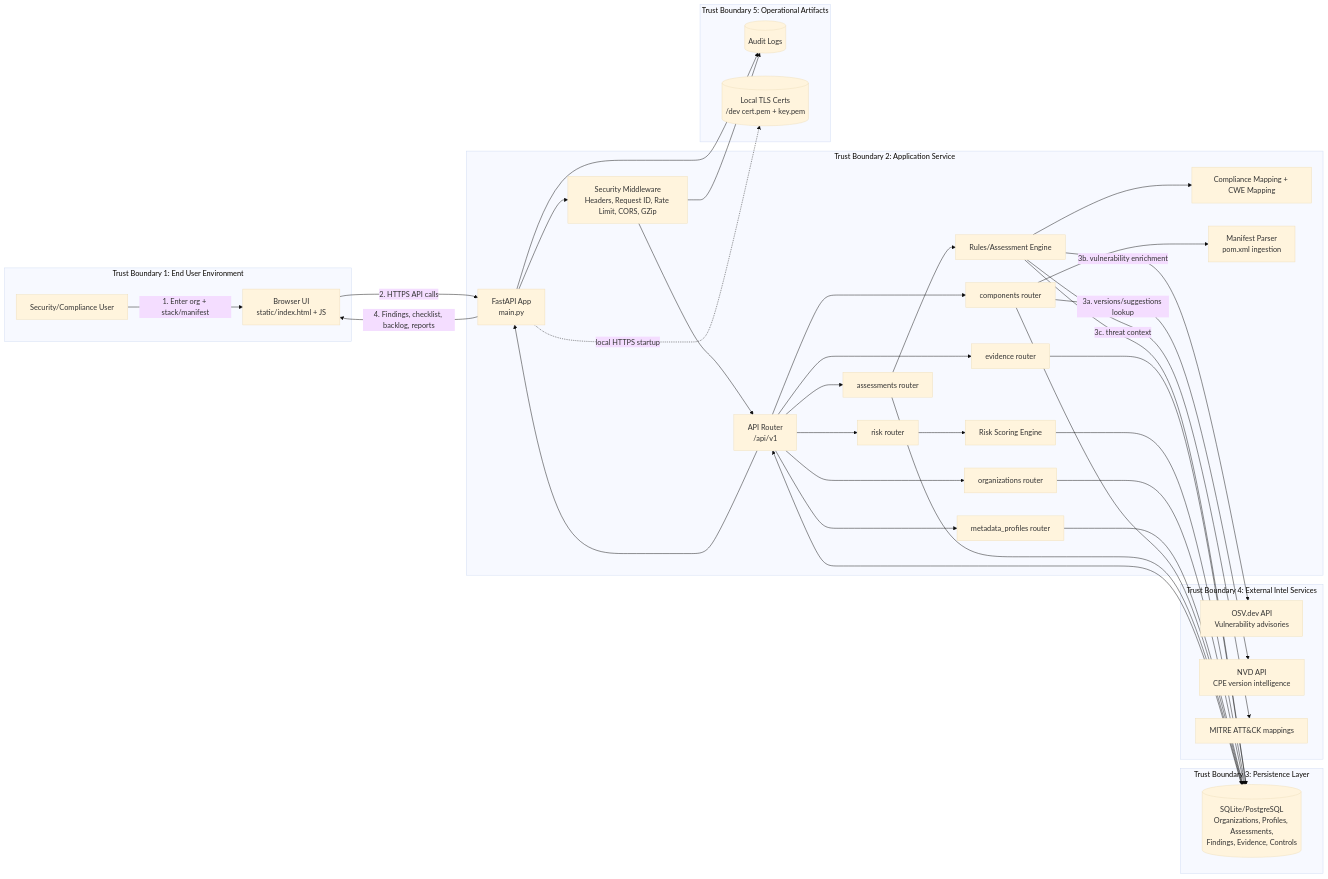
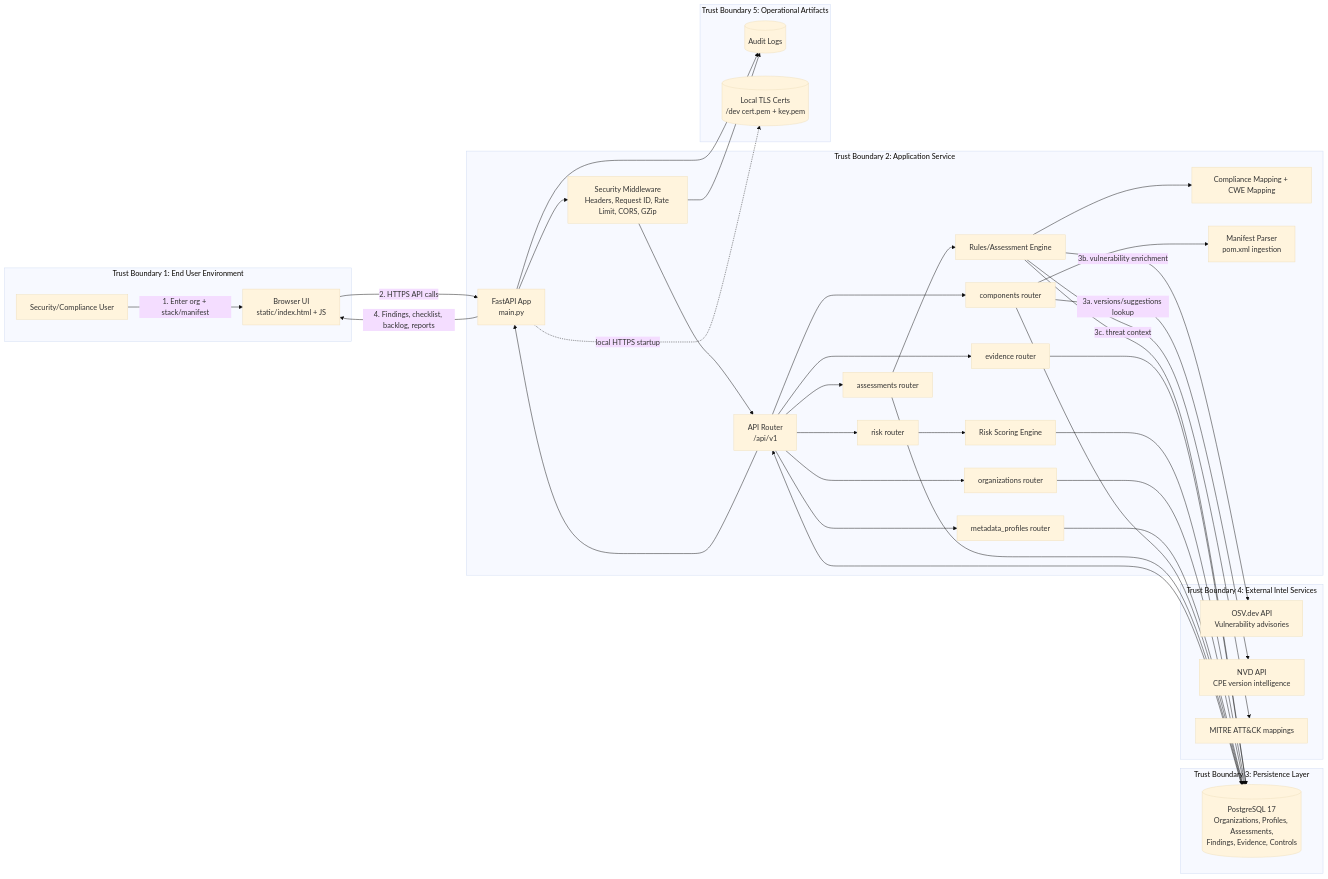
The first of 3 diagrams in THREAT_MODEL.md (catownsley/charlottesweb-app), drawn with Mermaid (base theme) before and after one commit. The commit also changed other lines of this file and 12 other files, not shown here.

First line of the commit message:
Migrate from SQLite to PostgreSQL (#97)

```diff
--- a/THREAT_MODEL.md
+++ b/THREAT_MODEL.md
@@ -35,7 +35,7 @@
     end
 
     subgraph TB3[Trust Boundary 3: Persistence Layer]
-        DB[(SQLite/PostgreSQL\nOrganizations, Profiles, Assessments,\nFindings, Evidence, Controls)]
+        DB[(PostgreSQL 17\nOrganizations, Profiles, Assessments,\nFindings, Evidence, Controls)]
     end
 
     subgraph TB4[Trust Boundary 4: External Intel Services]
```
